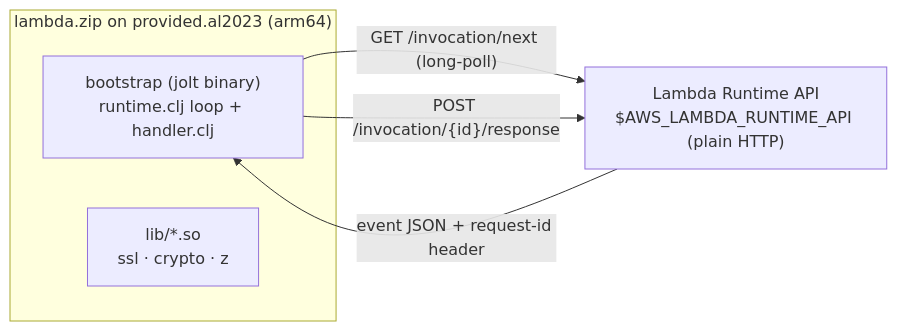
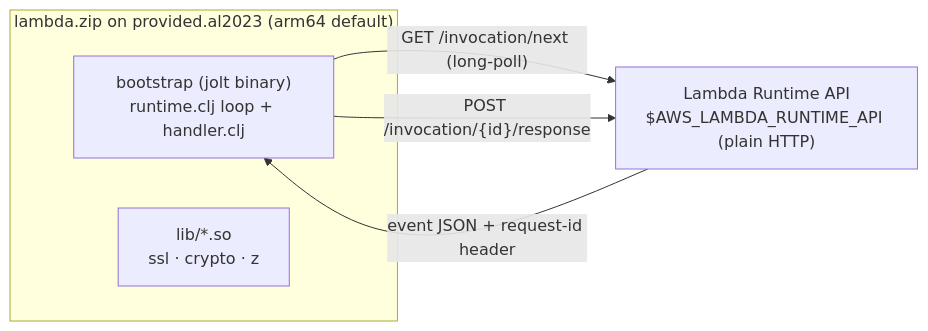
Before and after one commit to b12n-oss/lambda-mvp-jlt: the diagram in README.md, drawn with Mermaid. The commit also changed 3 other files, not shown here.

First line of the commit message:
docs: catch up architecture.md, README, and PR checklist to LAMBDA_ARCH

````diff
--- a/README.md
+++ b/README.md
@@ -28,11 +28,11 @@
 ```mermaid
 flowchart LR
-  subgraph zip["lambda.zip on provided.al2023 (arm64)"]
+  subgraph zip["lambda.zip on provided.al2023 (arm64 default)"]
     boot["bootstrap (jolt binary)<br/>runtime.clj loop + handler.clj"]
     libs["lib/*.so<br/>ssl · crypto · z"]
   end
   api["Lambda Runtime API<br/>$AWS_LAMBDA_RUNTIME_API (plain HTTP)"]
   boot -- "GET /invocation/next (long-poll)" --> api
   api -- "event JSON + request-id header" --> boot
   boot -- "POST /invocation/{id}/response" --> api
 ```
````
